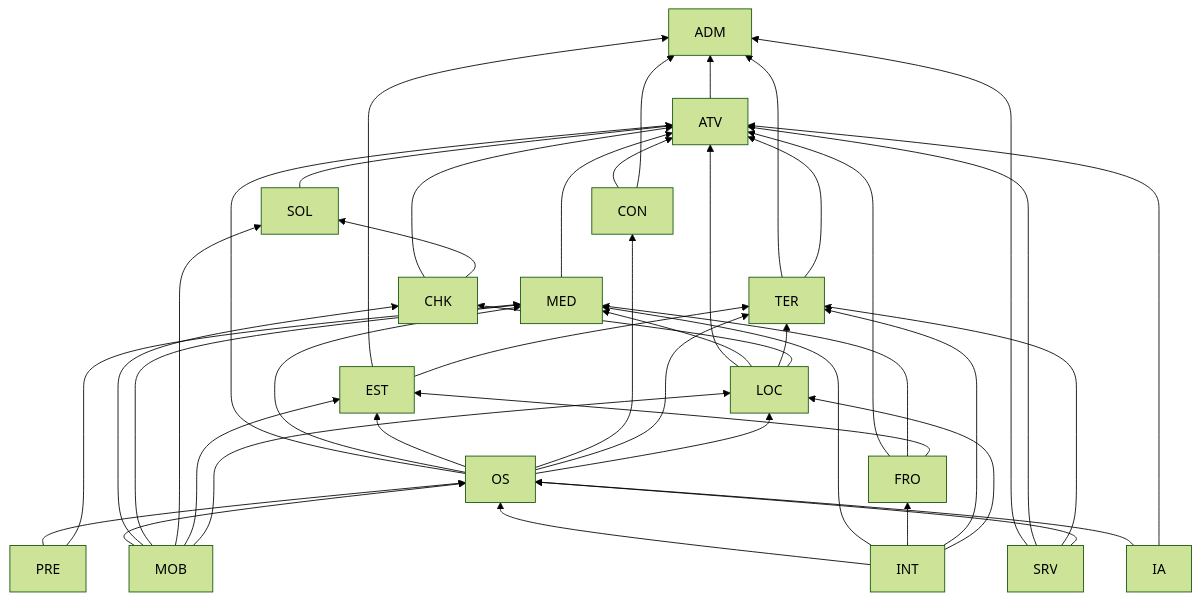
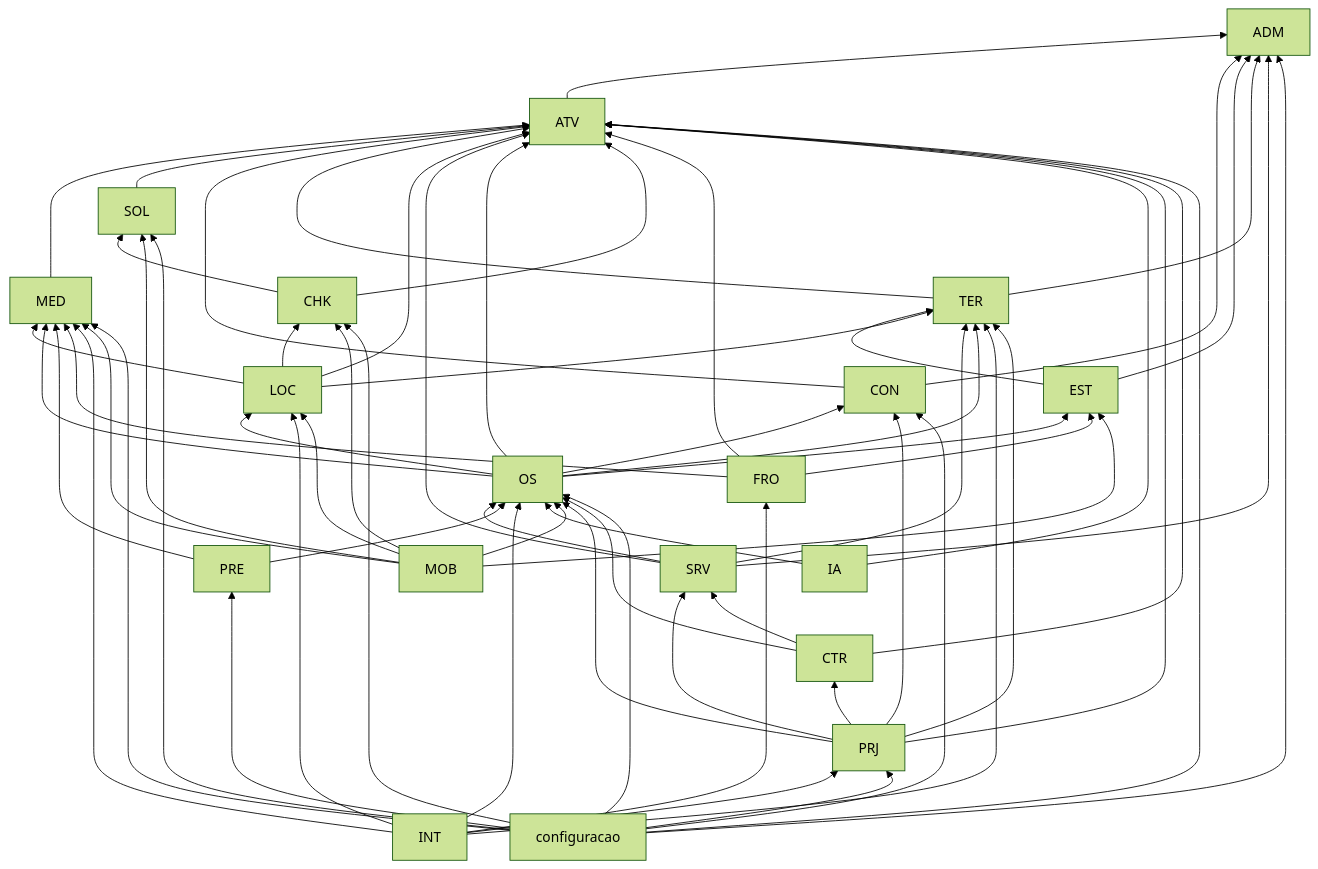
Before and after one commit to gustavoflandal/Projeto-Tenaz-Manutencao: the third of 9 diagrams in docs/5_ARQUITETURA_SOFTWARE.md, drawn with Mermaid (forest theme). The commit also changed other lines of this file and 78 other files, not shown here.

````diff
--- a/docs/5_ARQUITETURA_SOFTWARE.md
+++ b/docs/5_ARQUITETURA_SOFTWARE.md
@@ -337,47 +358,66 @@
 ```mermaid
 flowchart BT
     ADM
     ATV --> ADM
     MED --> ATV
     SOL --> ATV
     CON --> ATV
     CON --> ADM
     EST --> ADM
     TER --> ADM
     TER --> ATV
     EST --> TER
     LOC --> ATV
     LOC --> MED
     LOC --> TER
     LOC --> CHK
     SRV --> ADM
     SRV --> ATV
     SRV --> TER
     SRV --> OS
     OS --> ATV
     OS --> MED
     OS --> EST
     OS --> CON
     OS --> TER
     OS --> LOC
     PRE --> OS
     PRE --> MED
     CHK --> ATV
     CHK --> SOL
     FRO --> ATV
     FRO --> MED
     FRO --> EST
     INT --> OS
     INT --> MED
     INT --> FRO
     INT --> TER
     INT --> LOC
     IA --> OS
     IA --> ATV
     MOB --> OS
     MOB --> CHK
     MOB --> MED
     MOB --> SOL
     MOB --> EST
     MOB --> LOC
+    PRJ --> OS
+    PRJ --> ATV
+    PRJ --> TER
+    PRJ --> CON
+    PRJ --> CTR
+    PRJ --> SRV
+    CTR --> ATV
+    CTR --> OS
+    CTR --> SRV
+    INT --> PRJ
+    CFG["configuracao"] --> ADM
+    CFG --> ATV
+    CFG --> MED
+    CFG --> SOL
+    CFG --> CHK
+    CFG --> PRE
+    CFG --> CON
+    CFG --> OS
+    CFG --> PRJ
 ```
````
